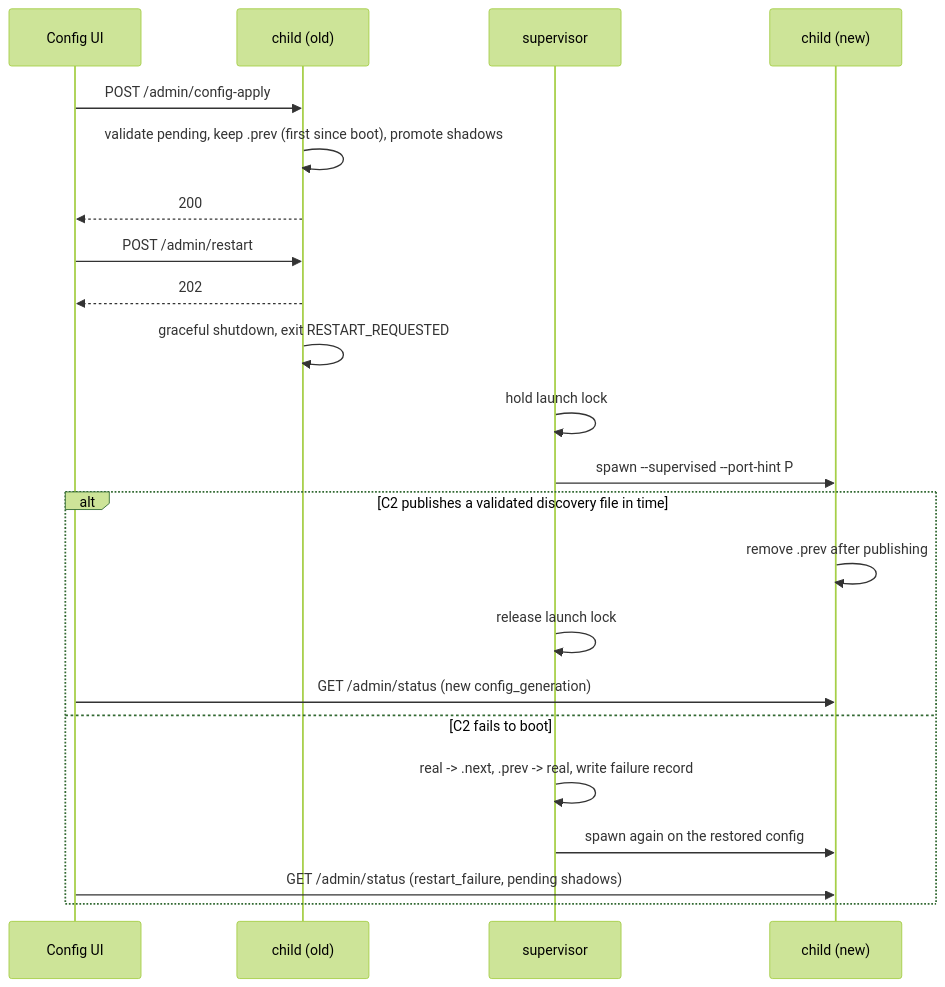
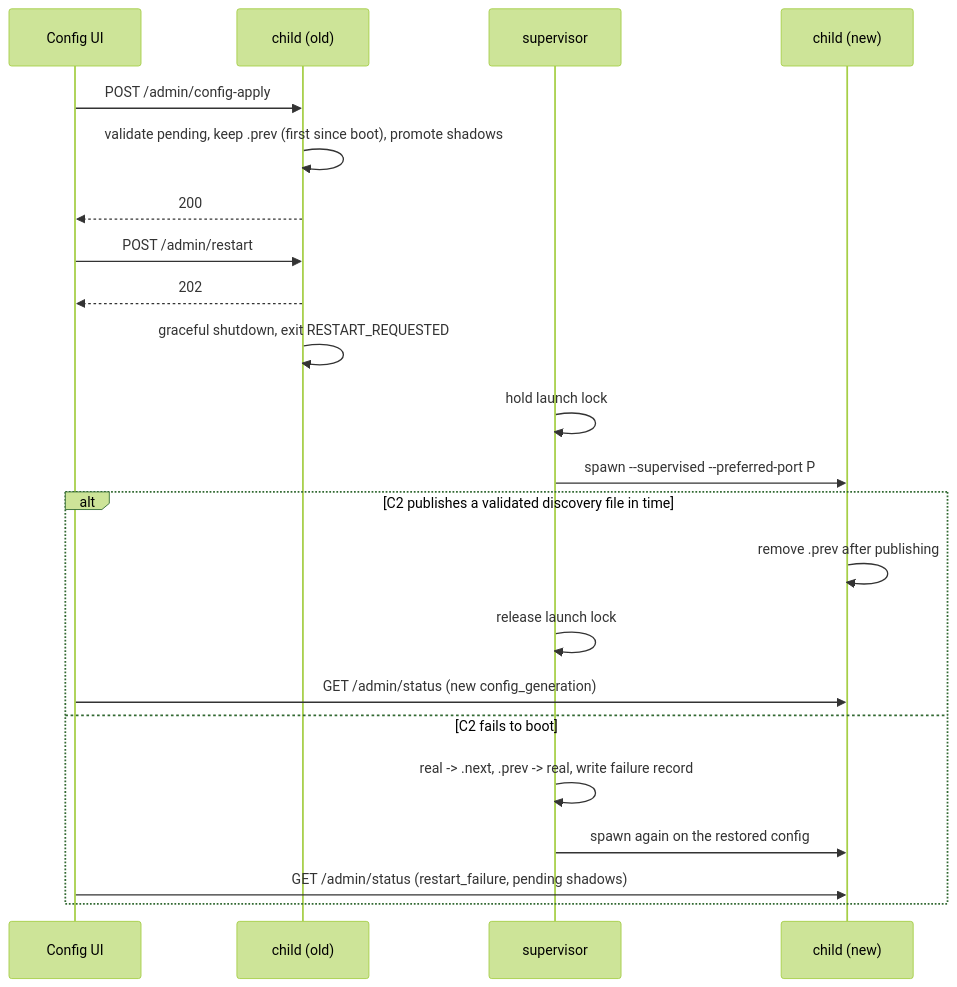
Before and after one commit to cppalliance/runvil-gateway: the second of 2 diagrams in vibe/2026-10/2026-10-06-1-restart-to-apply.md, drawn with Mermaid (forest theme). The commit also changed other lines of this file and 6 other files, not shown here.

First line of the commit message:
Gateway - Add preferred-port cli arg to enable restarting on the same port

````diff
--- a/vibe/2026-10/2026-10-06-1-restart-to-apply.md
+++ b/vibe/2026-10/2026-10-06-1-restart-to-apply.md
@@ -74,24 +74,24 @@
 ```mermaid
 sequenceDiagram
     participant UI as Config UI
     participant C1 as child (old)
     participant S as supervisor
     participant C2 as child (new)
     UI->>C1: POST /admin/config-apply
     C1->>C1: validate pending, keep .prev (first since boot), promote shadows
     C1-->>UI: 200
     UI->>C1: POST /admin/restart
     C1-->>UI: 202
     C1->>C1: graceful shutdown, exit RESTART_REQUESTED
     S->>S: hold launch lock
-    S->>C2: spawn --supervised --port-hint P
+    S->>C2: spawn --supervised --preferred-port P
     alt C2 publishes a validated discovery file in time
         C2->>C2: remove .prev after publishing
         S->>S: release launch lock
         UI->>C2: GET /admin/status (new config_generation)
     else C2 fails to boot
         S->>S: real -> .next, .prev -> real, write failure record
         S->>C2: spawn again on the restored config
         UI->>C2: GET /admin/status (restart_failure, pending shadows)
     end
 ```
````
